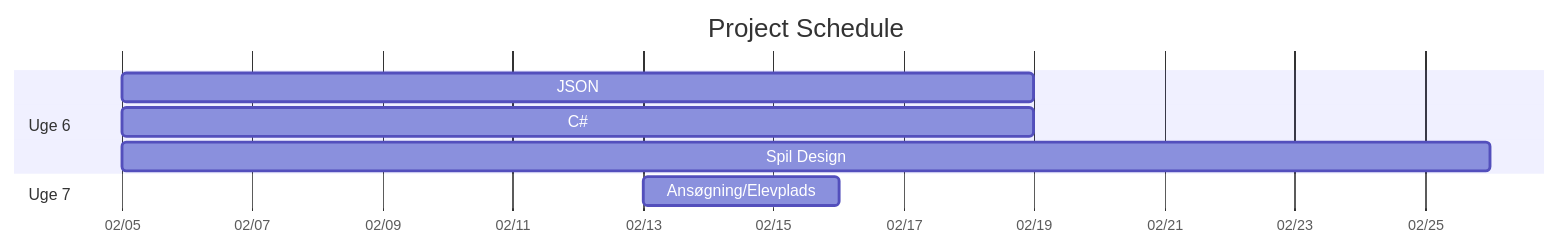
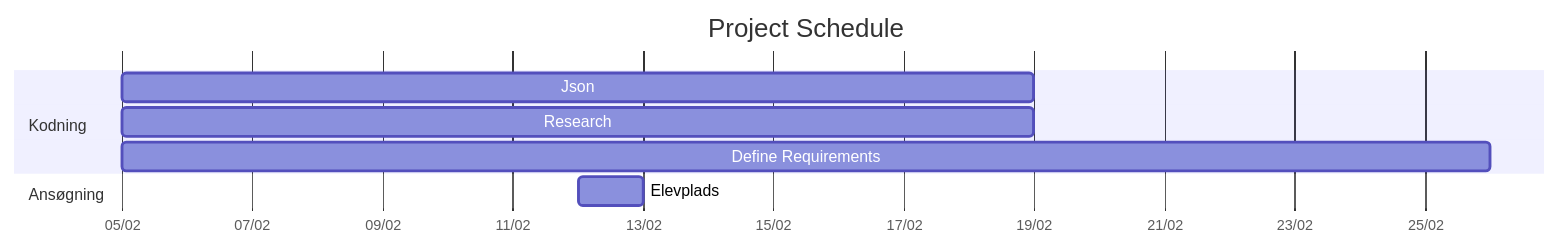
The diagram in README.md (Napow-git/TEC-P1), drawn with Mermaid before and after one commit.

````diff
--- a/README.md
+++ b/README.md
@@ -3,27 +3,27 @@
 ```mermaid
 
 gantt
 
     title Project Schedule
 
     dateFormat DD-MM-YYYY
 
-    axisFormat %m/%d
+    axisFormat %d/%m
 
  
 
-    section Uge 6
+    section Kodning
 
-    JSON : 05-02-2024, 14d
+    Json: 05-02-2024, 14d
 
-    C#: 05-02-2024, 14d
+    Research : 05-02-2024, 14d
 
-    Spil Design: 05-02-2024, 21d
-
-    section Uge 7
-
-    Ansøgning/Elevplads: 13-02-2024, 3d
+    Define Requirements : 05-02-2024, 21d
 
  
 
+    section Ansøgning
+
+    Elevplads : 12-02-2024, 1d
+
 ```
````
